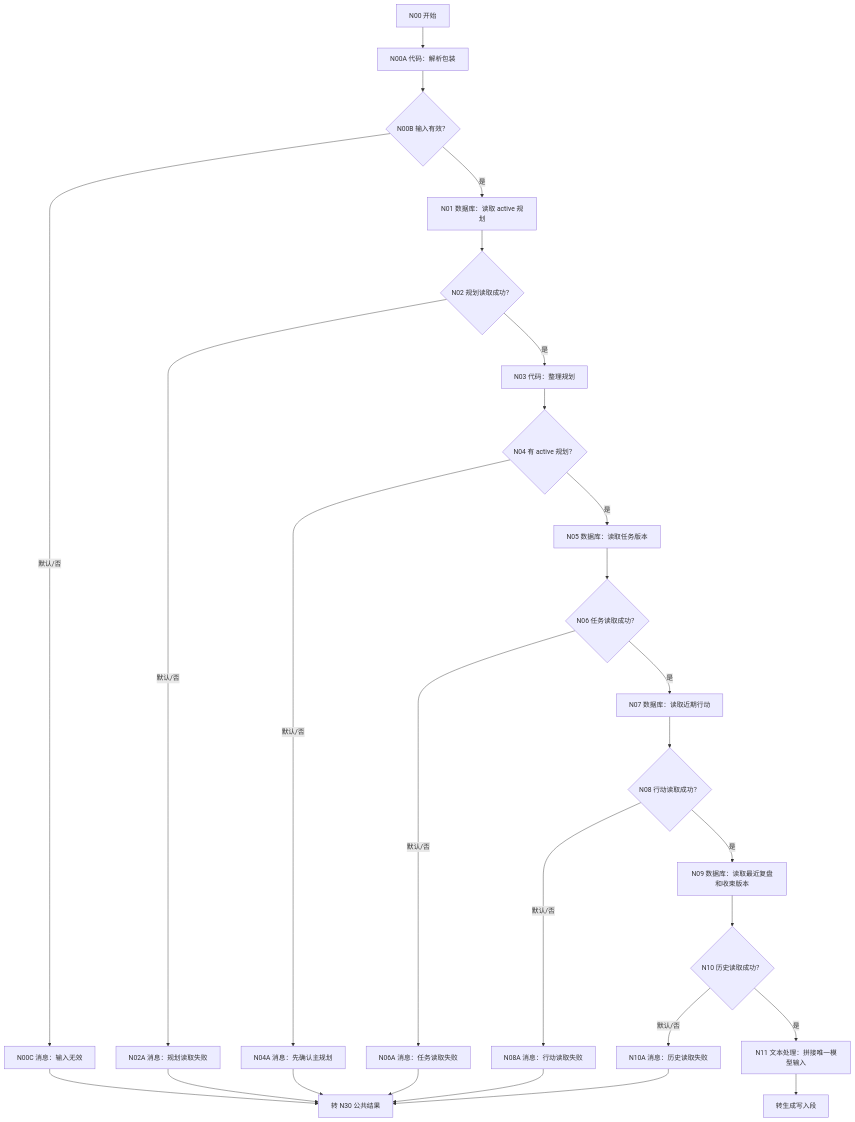
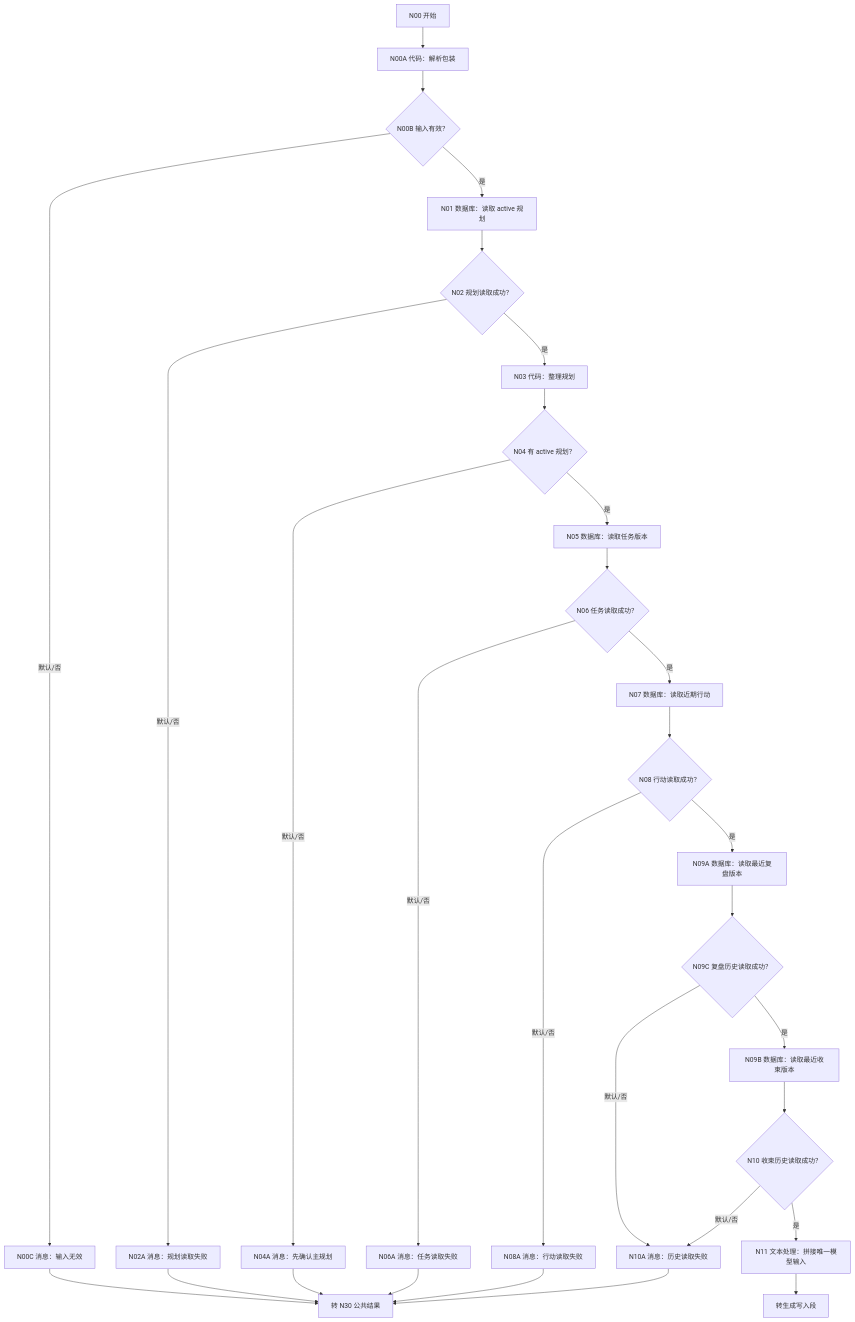
Before and after one commit to caoyue0115/university-life-planning-simulator: the first of 3 diagrams in docs/workflows/WF-07-review-and-recap.md, drawn with Mermaid. The commit also changed other lines of this file and 10 other files, not shown here.

````diff
--- a/docs/workflows/WF-07-review-and-recap.md
+++ b/docs/workflows/WF-07-review-and-recap.md
@@ -21,29 +21,32 @@
 ```mermaid
 flowchart TD
     N00["N00 开始"] --> N00A["N00A 代码：解析包装"]
     N00A --> N00B{"N00B 输入有效？"}
     N00B -->|默认/否| N00C["N00C 消息：输入无效"]
     N00B -->|是| N01["N01 数据库：读取 active 规划"]
     N01 --> N02{"N02 规划读取成功？"}
     N02 -->|默认/否| N02A["N02A 消息：规划读取失败"]
     N02 -->|是| N03["N03 代码：整理规划"]
     N03 --> N04{"N04 有 active 规划？"}
     N04 -->|默认/否| N04A["N04A 消息：先确认主规划"]
     N04 -->|是| N05["N05 数据库：读取任务版本"]
     N05 --> N06{"N06 任务读取成功？"}
     N06 -->|默认/否| N06A["N06A 消息：任务读取失败"]
     N06 -->|是| N07["N07 数据库：读取近期行动"]
     N07 --> N08{"N08 行动读取成功？"}
     N08 -->|默认/否| N08A["N08A 消息：行动读取失败"]
-    N08 -->|是| N09["N09 数据库：读取最近复盘和收束版本"]
-    N09 --> N10{"N10 历史读取成功？"}
-    N10 -->|默认/否| N10A["N10A 消息：历史读取失败"]
+    N08 -->|是| N09A["N09A 数据库：读取最近复盘版本"]
+    N09A --> N09C{"N09C 复盘历史读取成功？"}
+    N09C -->|默认/否| N10A["N10A 消息：历史读取失败"]
+    N09C -->|是| N09B["N09B 数据库：读取最近收束版本"]
+    N09B --> N10{"N10 收束历史读取成功？"}
+    N10 -->|默认/否| N10A
     N10 -->|是| N11["N11 文本处理：拼接唯一模型输入"]
     N00C --> R["转 N30 公共结果"]
     N02A --> R
     N04A --> R
     N06A --> R
     N08A --> R
     N10A --> R
     N11 --> R2["转生成写入段"]
 ```
````
